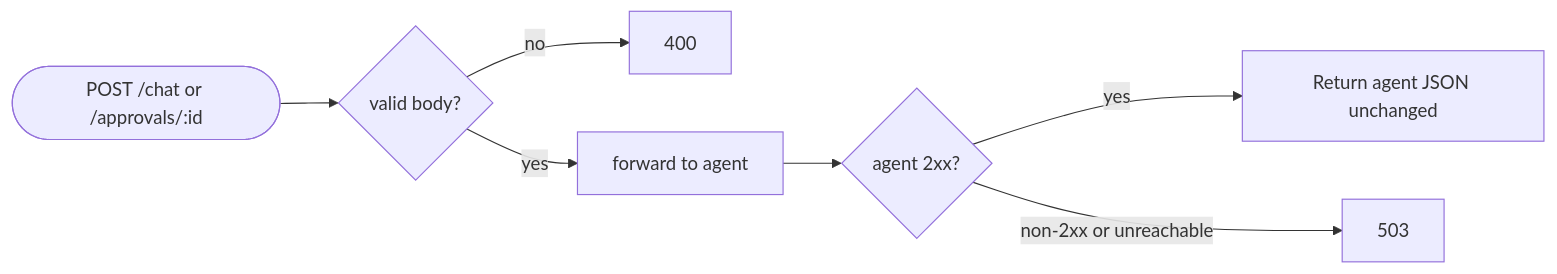
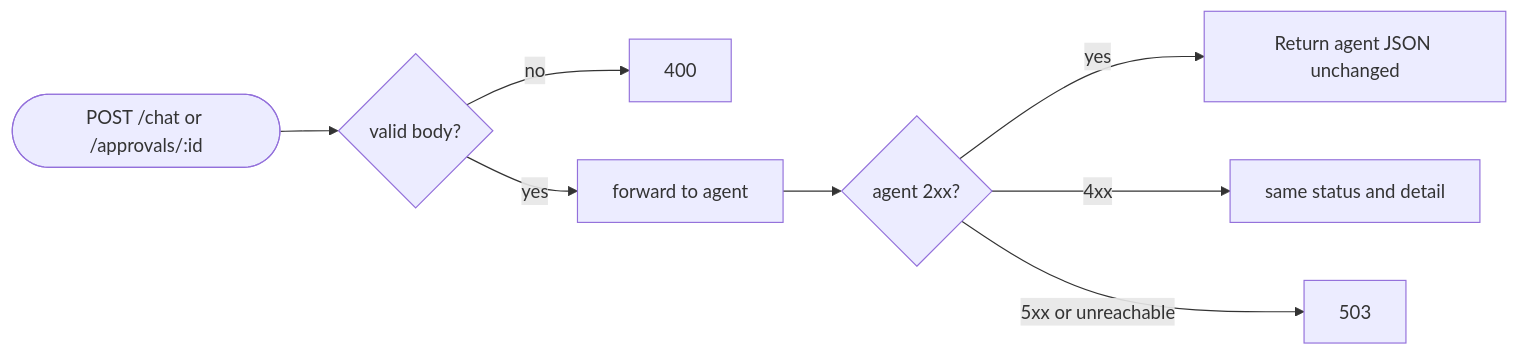
One commit to ervikassingh/support-dest-agent changed the diagram in docs/services/api.md. Above: the diagram before and after it, drawn with Mermaid. The commit also changed other lines of this file and 21 other files, not shown here.

````diff
--- a/docs/services/api.md
+++ b/docs/services/api.md
@@ -19,9 +21,10 @@
 ```mermaid
 flowchart LR
   req([POST /chat or /approvals/:id]) --> v{valid body?}
   v -->|no| e400[400]
   v -->|yes| fwd[forward to agent]
   fwd --> ok{agent 2xx?}
   ok -->|yes| pass[Return agent JSON unchanged]
-  ok -->|non-2xx or unreachable| e503[503]
+  ok -->|4xx| e4xx[same status and detail]
+  ok -->|5xx or unreachable| e503[503]
 ```
````
